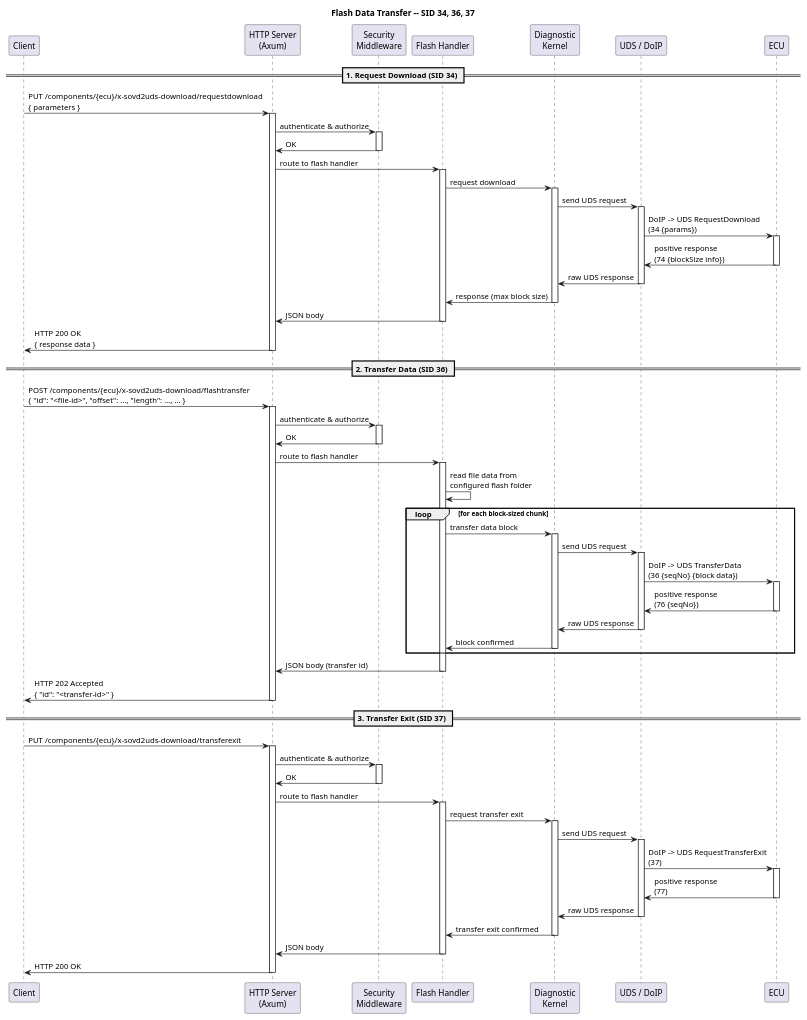
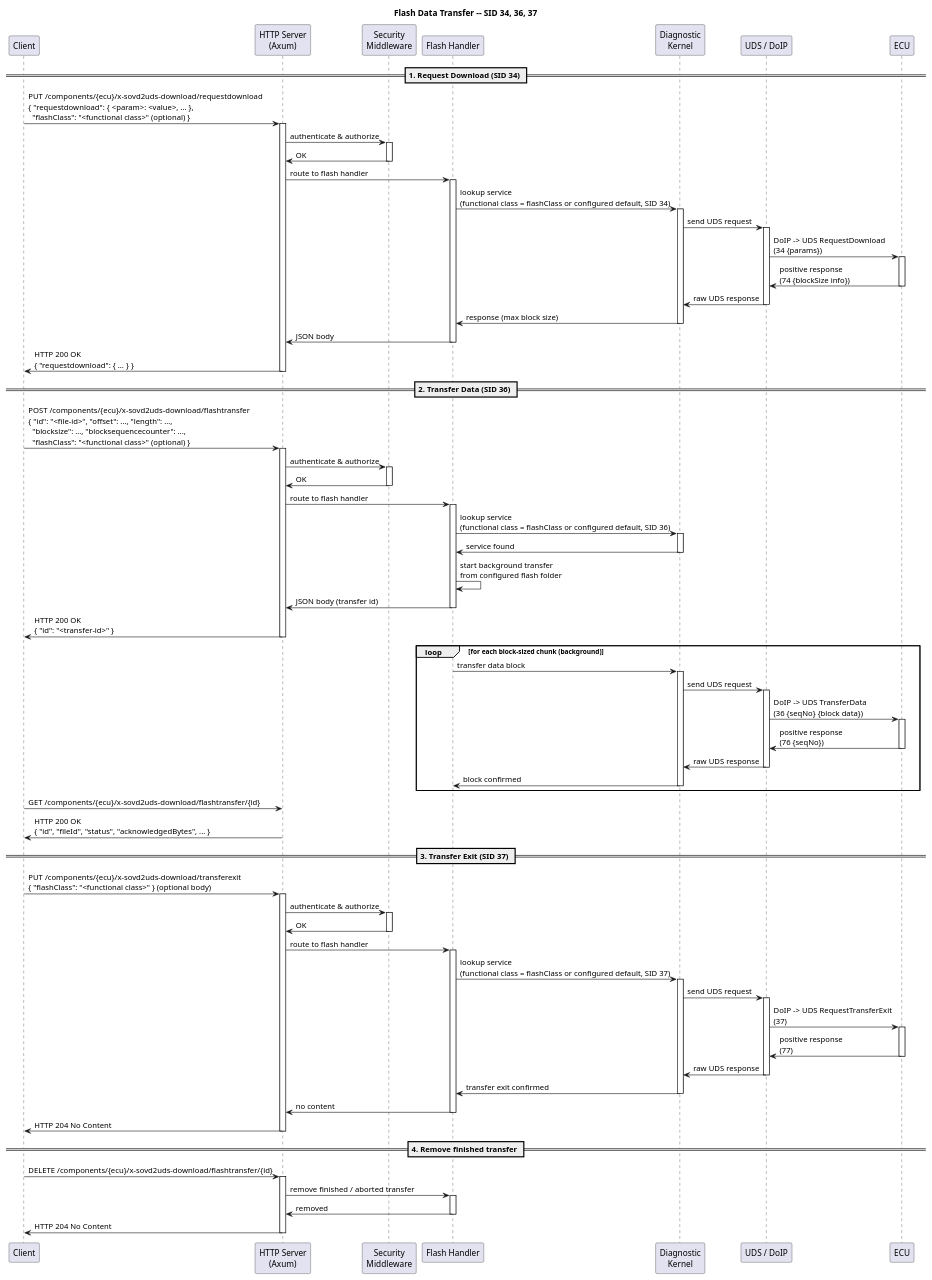
Before and after one commit to eclipse-opensovd/classic-diagnostic-adapter: the diagram in docs/03_architecture/02_sovd-api/03_extensions/images/flash_data_transfer.puml, drawn with PlantUML. The commit also changed 4 other files, not shown here.

First line of the commit message:
docs(flash-api): allow selecting functional class for flash services

```diff
--- a/docs/03_architecture/02_sovd-api/03_extensions/images/flash_data_transfer.puml
+++ b/docs/03_architecture/02_sovd-api/03_extensions/images/flash_data_transfer.puml
@@ -12,109 +12,127 @@
 @startuml
 title Flash Data Transfer -- SID 34, 36, 37
 
 participant Client
 participant "HTTP Server\n(Axum)" as HTTP
 participant "Security\nMiddleware" as SEC
 participant "Flash Handler" as HANDLER
 participant "Diagnostic\nKernel" as DIAG
 participant "UDS / DoIP" as COMM
 participant ECU
 
 == 1. Request Download (SID 34) ==
 
-Client -> HTTP : PUT /components/{ecu}/x-sovd2uds-download/requestdownload\n{ parameters }
+Client -> HTTP : PUT /components/{ecu}/x-sovd2uds-download/requestdownload\n{ "requestdownload": { <param>: <value>, ... },\n  "flashClass": "<functional class>" (optional) }
 activate HTTP
 
 HTTP -> SEC : authenticate & authorize
 activate SEC
 SEC -> HTTP : OK
 deactivate SEC
 
 HTTP -> HANDLER : route to flash handler
 activate HANDLER
 
-HANDLER -> DIAG : request download
+HANDLER -> DIAG : lookup service\n(functional class = flashClass or configured default, SID 34)
 activate DIAG
 DIAG -> COMM : send UDS request
 activate COMM
 COMM -> ECU : DoIP -> UDS RequestDownload\n(34 {params})
 activate ECU
 ECU -> COMM : positive response\n(74 {blockSize info})
 deactivate ECU
 COMM -> DIAG : raw UDS response
 deactivate COMM
 DIAG -> HANDLER : response (max block size)
 deactivate DIAG
 
 HANDLER -> HTTP : JSON body
 deactivate HANDLER
-HTTP -> Client : HTTP 200 OK\n{ response data }
+HTTP -> Client : HTTP 200 OK\n{ "requestdownload": { ... } }
 deactivate HTTP
 
 == 2. Transfer Data (SID 36) ==
 
-Client -> HTTP : POST /components/{ecu}/x-sovd2uds-download/flashtransfer\n{ "id": "<file-id>", "offset": ..., "length": ..., ... }
+Client -> HTTP : POST /components/{ecu}/x-sovd2uds-download/flashtransfer\n{ "id": "<file-id>", "offset": ..., "length": ...,\n  "blocksize": ..., "blocksequencecounter": ...,\n  "flashClass": "<functional class>" (optional) }
 activate HTTP
 
 HTTP -> SEC : authenticate & authorize
 activate SEC
 SEC -> HTTP : OK
 deactivate SEC
 
 HTTP -> HANDLER : route to flash handler
 activate HANDLER
 
-HANDLER -> HANDLER : read file data from\nconfigured flash folder
+HANDLER -> DIAG : lookup service\n(functional class = flashClass or configured default, SID 36)
+activate DIAG
+DIAG -> HANDLER : service found
+deactivate DIAG
 
-loop for each block-sized chunk
+HANDLER -> HANDLER : start background transfer\nfrom configured flash folder
+HANDLER -> HTTP : JSON body (transfer id)
+deactivate HANDLER
+HTTP -> Client : HTTP 200 OK\n{ "id": "<transfer-id>" }
+deactivate HTTP
+
+loop for each block-sized chunk (background)
     HANDLER -> DIAG : transfer data block
     activate DIAG
     DIAG -> COMM : send UDS request
     activate COMM
     COMM -> ECU : DoIP -> UDS TransferData\n(36 {seqNo} {block data})
     activate ECU
     ECU -> COMM : positive response\n(76 {seqNo})
     deactivate ECU
     COMM -> DIAG : raw UDS response
     deactivate COMM
     DIAG -> HANDLER : block confirmed
     deactivate DIAG
 end
 
-HANDLER -> HTTP : JSON body (transfer id)
-deactivate HANDLER
-HTTP -> Client : HTTP 202 Accepted\n{ "id": "<transfer-id>" }
-deactivate HTTP
+Client -> HTTP : GET /components/{ecu}/x-sovd2uds-download/flashtransfer/{id}
+HTTP -> Client : HTTP 200 OK\n{ "id", "fileId", "status", "acknowledgedBytes", ... }
 
 == 3. Transfer Exit (SID 37) ==
 
-Client -> HTTP : PUT /components/{ecu}/x-sovd2uds-download/transferexit
+Client -> HTTP : PUT /components/{ecu}/x-sovd2uds-download/transferexit\n{ "flashClass": "<functional class>" } (optional body)
 activate HTTP
 
 HTTP -> SEC : authenticate & authorize
 activate SEC
 SEC -> HTTP : OK
 deactivate SEC
 
 HTTP -> HANDLER : route to flash handler
 activate HANDLER
 
-HANDLER -> DIAG : request transfer exit
+HANDLER -> DIAG : lookup service\n(functional class = flashClass or configured default, SID 37)
 activate DIAG
 DIAG -> COMM : send UDS request
 activate COMM
 COMM -> ECU : DoIP -> UDS RequestTransferExit\n(37)
 activate ECU
 ECU -> COMM : positive response\n(77)
 deactivate ECU
 COMM -> DIAG : raw UDS response
 deactivate COMM
 DIAG -> HANDLER : transfer exit confirmed
 deactivate DIAG
 
-HANDLER -> HTTP : JSON body
+HANDLER -> HTTP : no content
 deactivate HANDLER
-HTTP -> Client : HTTP 200 OK
+HTTP -> Client : HTTP 204 No Content
+deactivate HTTP
+
+== 4. Remove finished transfer ==
+
+Client -> HTTP : DELETE /components/{ecu}/x-sovd2uds-download/flashtransfer/{id}
+activate HTTP
+HTTP -> HANDLER : remove finished / aborted transfer
+activate HANDLER
+HANDLER -> HTTP : removed
+deactivate HANDLER
+HTTP -> Client : HTTP 204 No Content
 deactivate HTTP
 
 @enduml
```
